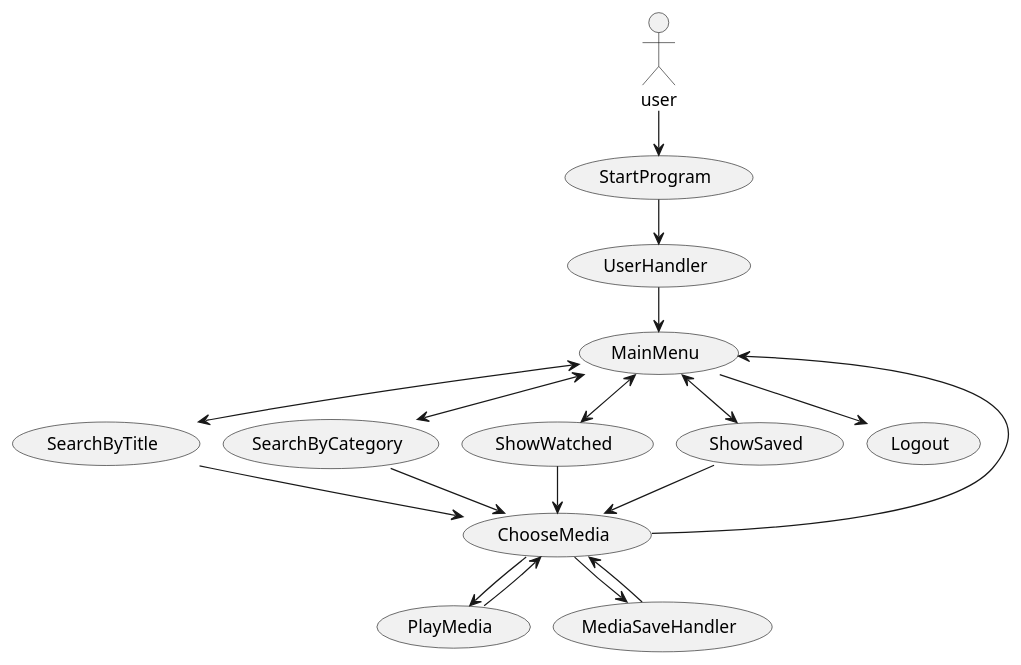
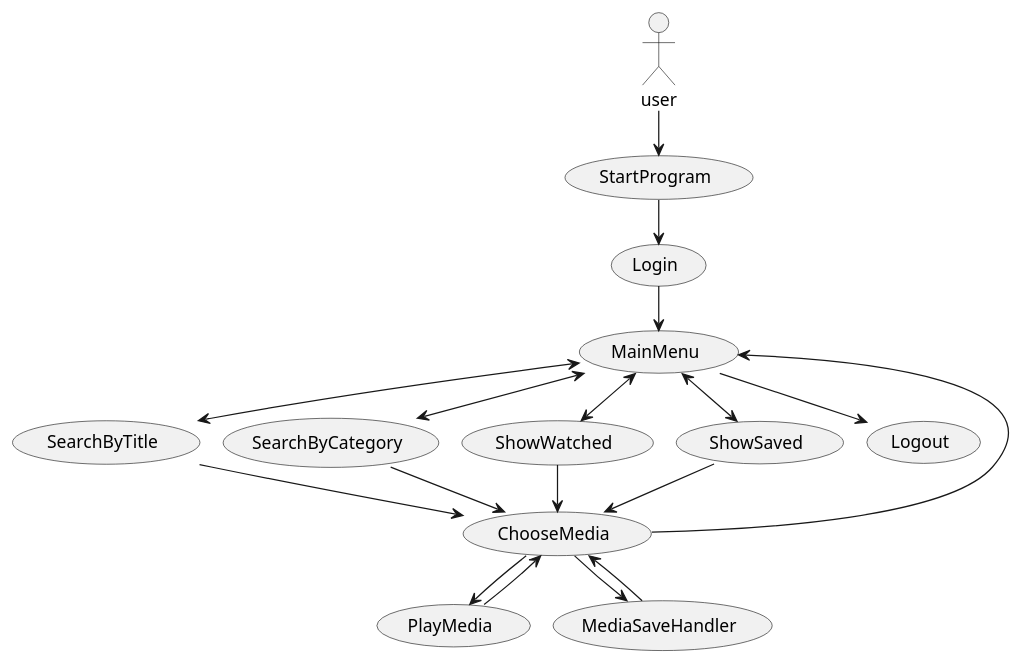
The diagram in doc/Dynamic/Usecase.puml (BenjaFrandsen/GrpH-SP3), drawn with PlantUML before and after one commit. The commit also changed 4 other files, not shown here.

```diff
--- a/doc/Dynamic/Usecase.puml
+++ b/doc/Dynamic/Usecase.puml
@@ -1,40 +1,40 @@
 @startuml
 !pragma layout smetana
 
 actor user
 
 usecase StartProgram
-usecase UserHandler
+usecase Login
 usecase MainMenu
 usecase SearchByTitle
 usecase SearchByCategory
 usecase ShowWatched
 usecase ShowSaved
 usecase ChooseMedia
 usecase PlayMedia
 usecase MediaSaveHandler
 usecase Logout
 
 user --> StartProgram
-StartProgram --> UserHandler
+StartProgram --> Login
 
-UserHandler --> MainMenu
+Login --> MainMenu
 
 MainMenu <--> SearchByTitle
 MainMenu <--> SearchByCategory
 MainMenu <--> ShowWatched
 MainMenu <--> ShowSaved
 MainMenu --> Logout
 
 SearchByTitle --> ChooseMedia
 SearchByCategory --> ChooseMedia
 ShowWatched --> ChooseMedia
 ShowSaved --> ChooseMedia
 
 ChooseMedia --> MainMenu
 ChooseMedia --> PlayMedia
 ChooseMedia --> MediaSaveHandler
 
 PlayMedia --> ChooseMedia
 MediaSaveHandler --> ChooseMedia
 @enduml
```
